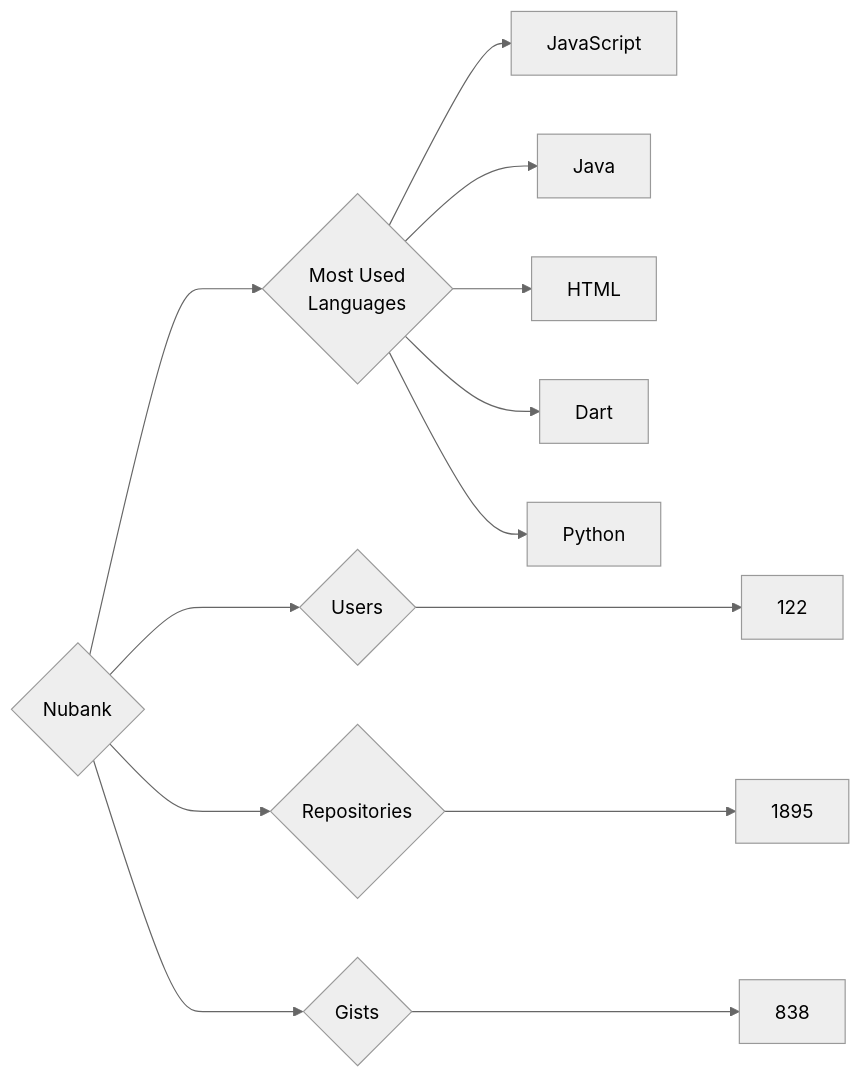
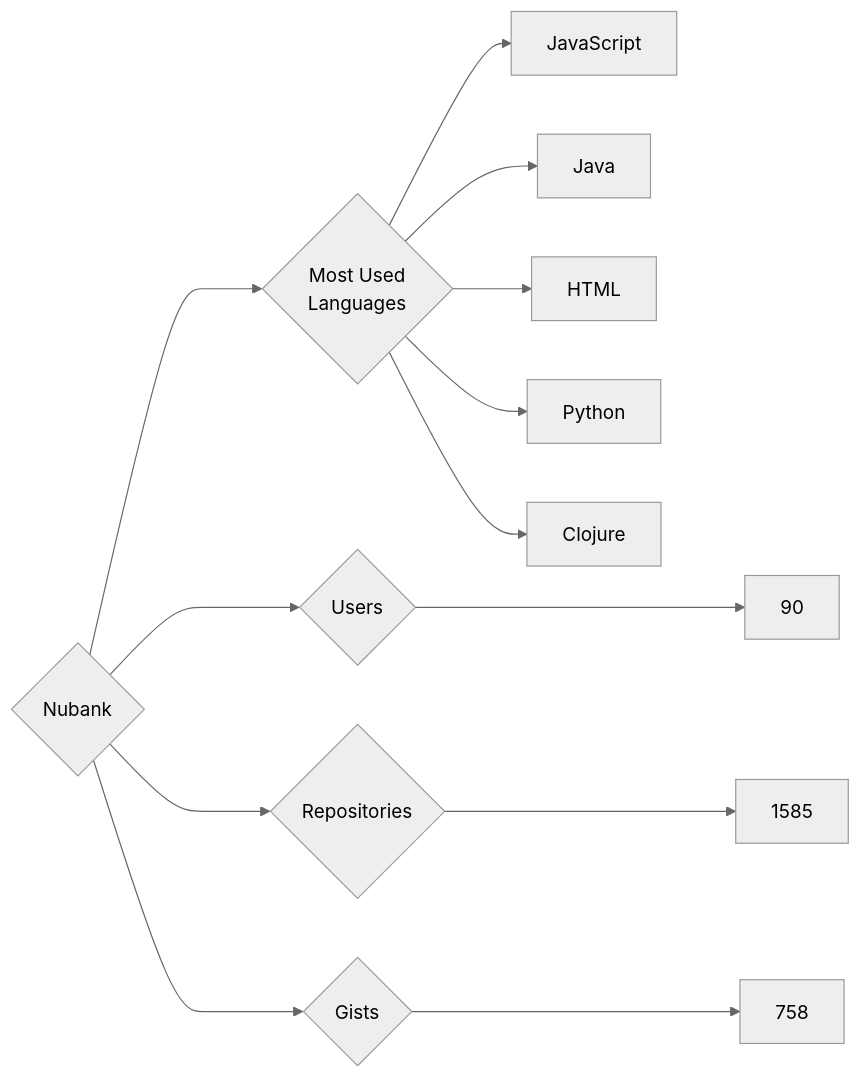
Before and after one commit to trickest/insiders: the diagram in targets/Nubank/README.md, drawn with Mermaid (neutral theme). The commit also changed 815 other files, not shown here.

````diff
--- a/targets/Nubank/README.md
+++ b/targets/Nubank/README.md
@@ -3,13 +3,13 @@
 ```mermaid
 graph LR
 COMPANY_NAME{Nubank}
-COMPANY_NAME ---> U{Users} ---> UN[122]
-COMPANY_NAME ---> R{Repositories} ---> RN[1895]
-COMPANY_NAME ---> G{Gists} ---> GN[838]
+COMPANY_NAME ---> U{Users} ---> UN[90]
+COMPANY_NAME ---> R{Repositories} ---> RN[1585]
+COMPANY_NAME ---> G{Gists} ---> GN[758]
 COMPANY_NAME ---> ML{Most Used<br>Languages}
 ML --> JavaScript[JavaScript]
 ML --> Java[Java]
 ML --> HTML[HTML]
-ML --> Dart[Dart]
 ML --> Python[Python]
+ML --> Clojure[Clojure]
 ```
````
